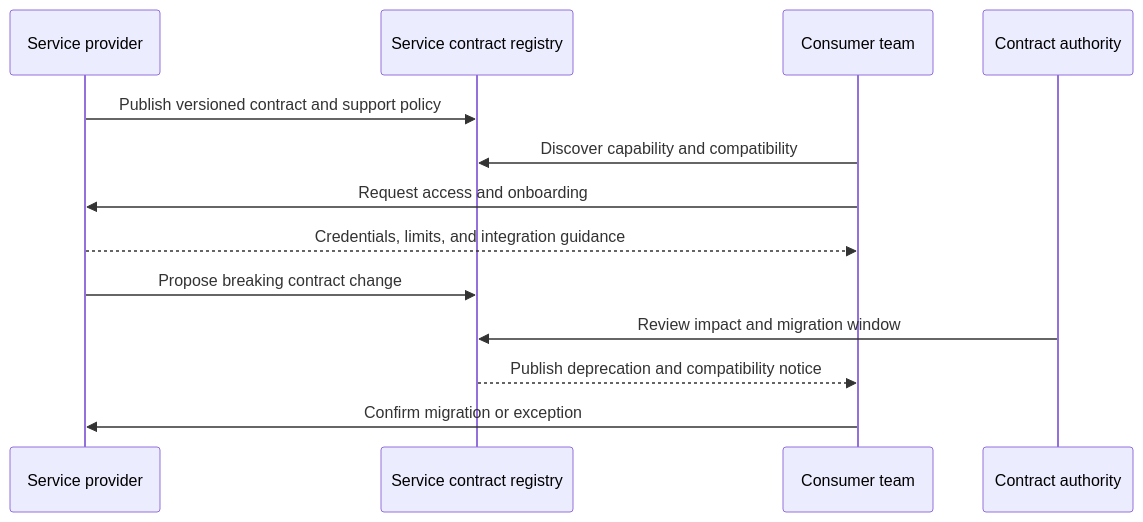
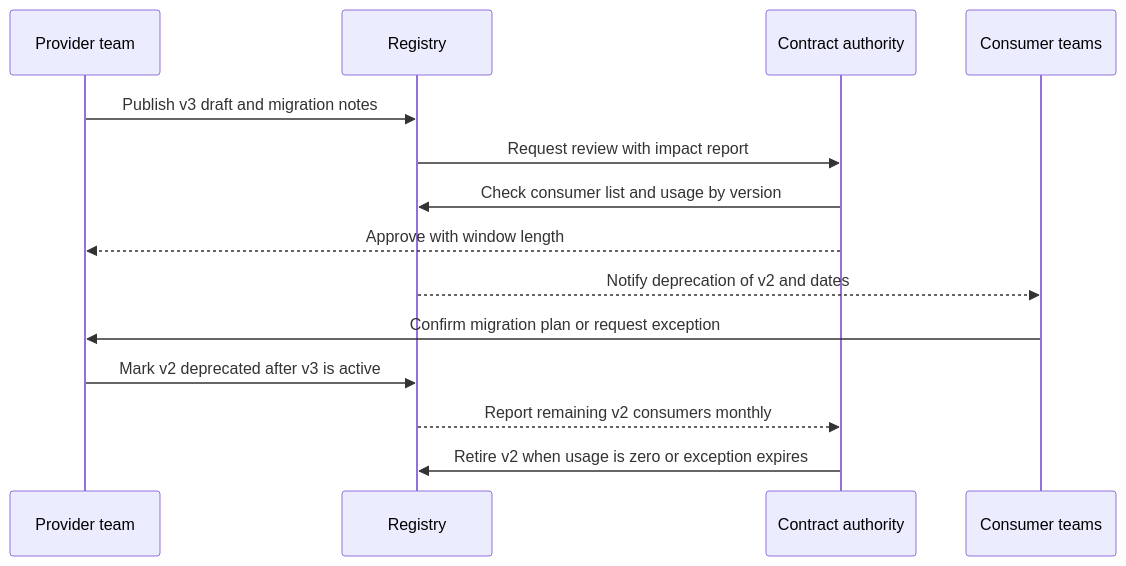
One commit to joydasss/Architect changed the seventh of 11 diagrams in 20_Architecture_Patterns/CH06_SOA_Service_Oriented_Architecture.md. Above: the diagram before and after it, drawn with Mermaid. The commit also changed other lines of this file and 295 other files, not shown here.

````diff
--- a/20_Architecture_Patterns/CH06_SOA_Service_Oriented_Architecture.md
+++ b/20_Architecture_Patterns/CH06_SOA_Service_Oriented_Architecture.md
@@ -46,15 +605,16 @@
 ```mermaid
 sequenceDiagram
-    participant Provider as Service provider
-    participant Registry as Service contract registry
-    participant Consumer as Consumer team
-    participant Governance as Contract authority
-    Provider->>Registry: Publish versioned contract and support policy
-    Consumer->>Registry: Discover capability and compatibility
-    Consumer->>Provider: Request access and onboarding
-    Provider-->>Consumer: Credentials, limits, and integration guidance
-    Provider->>Registry: Propose breaking contract change
-    Governance->>Registry: Review impact and migration window
-    Registry-->>Consumer: Publish deprecation and compatibility notice
-    Consumer->>Provider: Confirm migration or exception
+    participant Prov as Provider team
+    participant Reg as Registry
+    participant Gov as Contract authority
+    participant Cons as Consumer teams
+    Prov->>Reg: Publish v3 draft and migration notes
+    Reg->>Gov: Request review with impact report
+    Gov->>Reg: Check consumer list and usage by version
+    Gov-->>Prov: Approve with window length
+    Reg-->>Cons: Notify deprecation of v2 and dates
+    Cons->>Prov: Confirm migration plan or request exception
+    Prov->>Reg: Mark v2 deprecated after v3 is active
+    Reg-->>Gov: Report remaining v2 consumers monthly
+    Gov->>Reg: Retire v2 when usage is zero or exception expires
 ```
````
